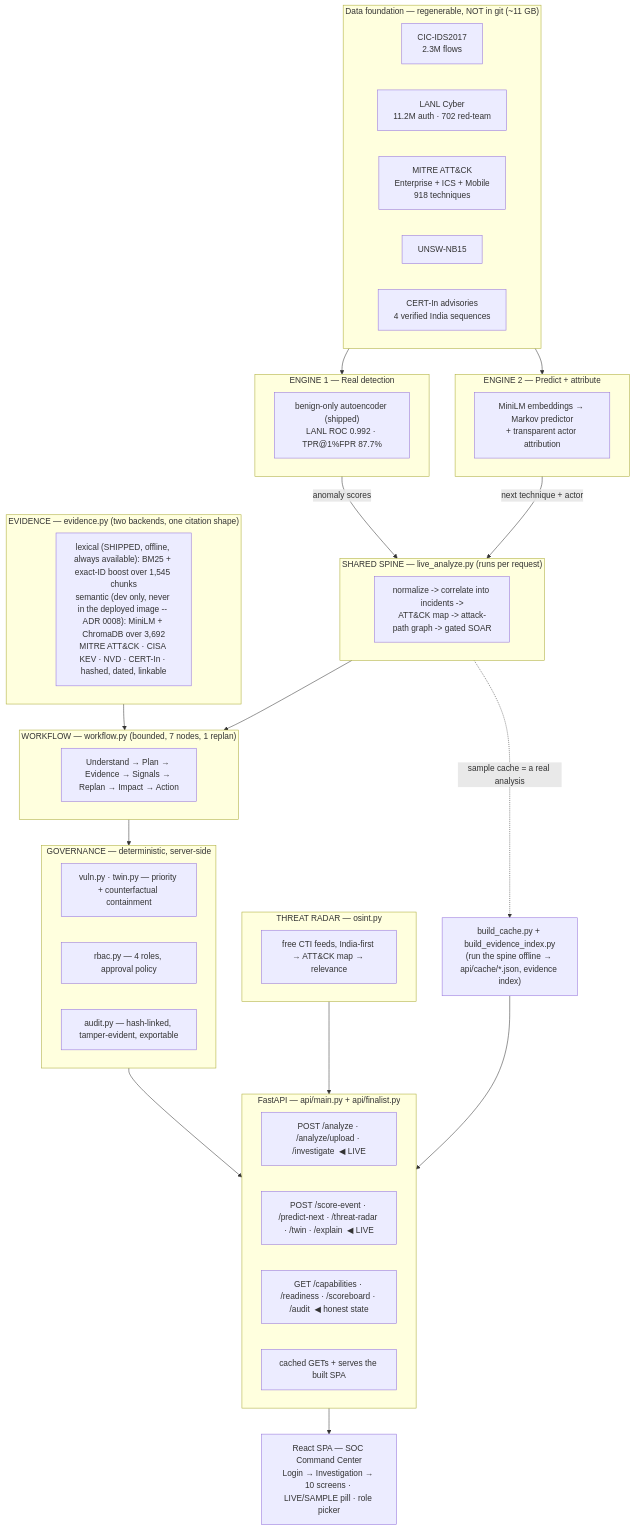
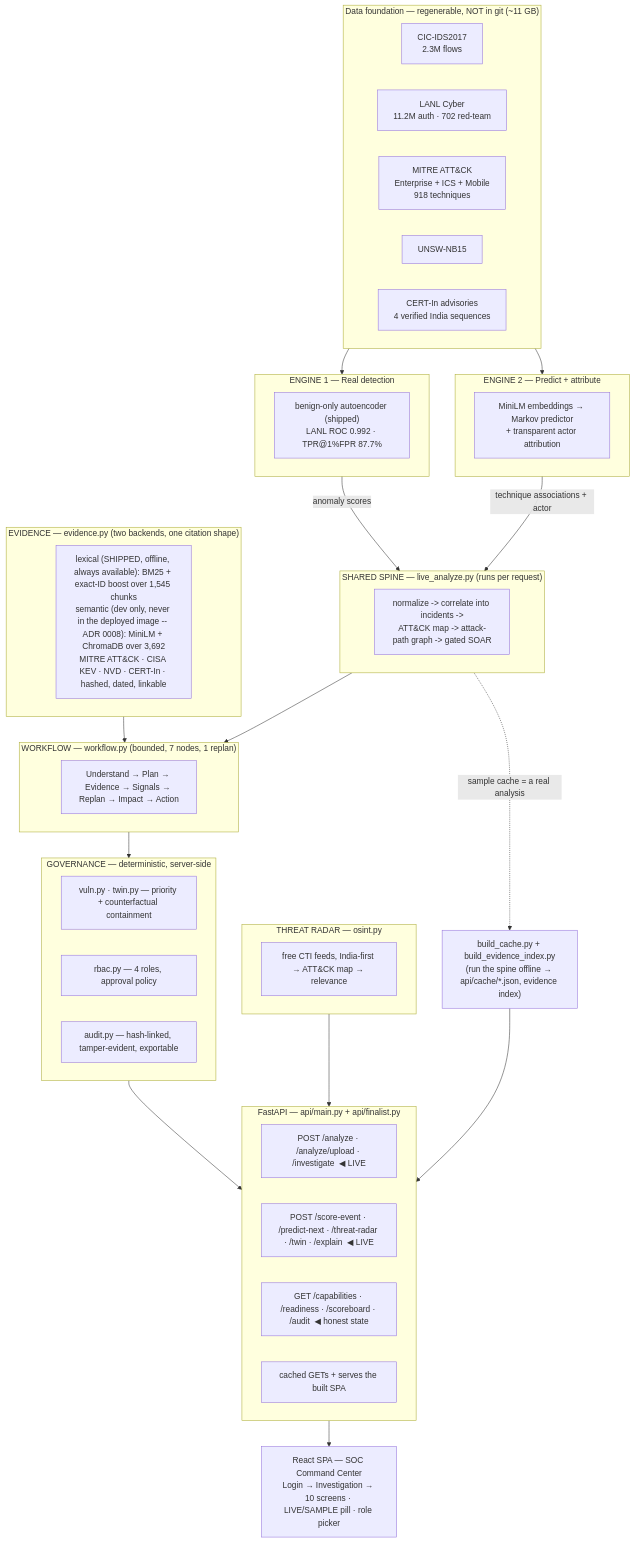
Before and after one commit to RishiiGamer2201/resilience-graph-ai: the diagram in README.md, drawn with Mermaid. The commit also changed other lines of this file and 42 other files, not shown here.

````diff
--- a/README.md
+++ b/README.md
@@ -91,62 +91,62 @@
 ```mermaid
 flowchart TB
   subgraph DATA["Data foundation — regenerable, NOT in git (~11 GB)"]
     CIC["CIC-IDS2017<br/>2.3M flows"]
     LANL["LANL Cyber<br/>11.2M auth · 702 red-team"]
     ATTACK["MITRE ATT&CK<br/>Enterprise + ICS + Mobile<br/>918 techniques"]
     UNSW["UNSW-NB15"]
     CERTIN["CERT-In advisories<br/>4 verified India sequences"]
   end
 
   subgraph E1["ENGINE 1 — Real detection"]
     IF["benign-only autoencoder (shipped)<br/>LANL ROC 0.992 · TPR@1%FPR 87.7%"]
   end
   subgraph E2["ENGINE 2 — Predict + attribute"]
     PRED["MiniLM embeddings → Markov predictor<br/>+ transparent actor attribution"]
   end
 
   DATA --> E1
   DATA --> E2
 
   subgraph SPINE["SHARED SPINE — live_analyze.py (runs per request)"]
     S["normalize -> correlate into incidents -><br/>ATT&CK map -> attack-path graph -> gated SOAR"]
   end
   E1 -- "anomaly scores" --> SPINE
-  E2 -- "next technique + actor" --> SPINE
+  E2 -- "technique associations + actor" --> SPINE
 
   subgraph RADAR["THREAT RADAR — osint.py"]
     FEEDS["free CTI feeds, India-first → ATT&CK map → relevance"]
   end
 
   subgraph EV["EVIDENCE — evidence.py (two backends, one citation shape)"]
     IDX["lexical (SHIPPED, offline, always available): BM25 + exact-ID boost over 1,545 chunks<br/>semantic (dev only, never in the deployed image -- ADR 0008): MiniLM + ChromaDB over 3,692<br/>MITRE ATT&CK · CISA KEV · NVD · CERT-In · hashed, dated, linkable"]
   end
 
   subgraph GOV["GOVERNANCE — deterministic, server-side"]
     G1["vuln.py · twin.py — priority + counterfactual containment"]
     G2["rbac.py — 4 roles, approval policy"]
     G3["audit.py — hash-linked, tamper-evident, exportable"]
   end
 
   subgraph WF["WORKFLOW — workflow.py (bounded, 7 nodes, 1 replan)"]
     W["Understand → Plan → Evidence → Signals → Replan → Impact → Action"]
   end
 
   SPINE --> WF
   EV --> WF
   WF --> GOV
   RADAR --> API
   GOV --> API
   BUILD["build_cache.py + build_evidence_index.py<br/>(run the spine offline → api/cache/*.json, evidence index)"]
   SPINE -. "sample cache = a real analysis" .-> BUILD
   BUILD --> API
 
   subgraph API["FastAPI — api/main.py + api/finalist.py"]
     A1["POST /analyze · /analyze/upload · /investigate  ◀ LIVE"]
     A2["POST /score-event · /predict-next · /threat-radar · /twin · /explain  ◀ LIVE"]
     A3["GET /capabilities · /readiness · /scoreboard · /audit  ◀ honest state"]
     A4["cached GETs + serves the built SPA"]
   end
 
   API --> SPA["React SPA — SOC Command Center<br/>Login → Investigation → 10 screens · LIVE/SAMPLE pill · role picker"]
 ```
````
